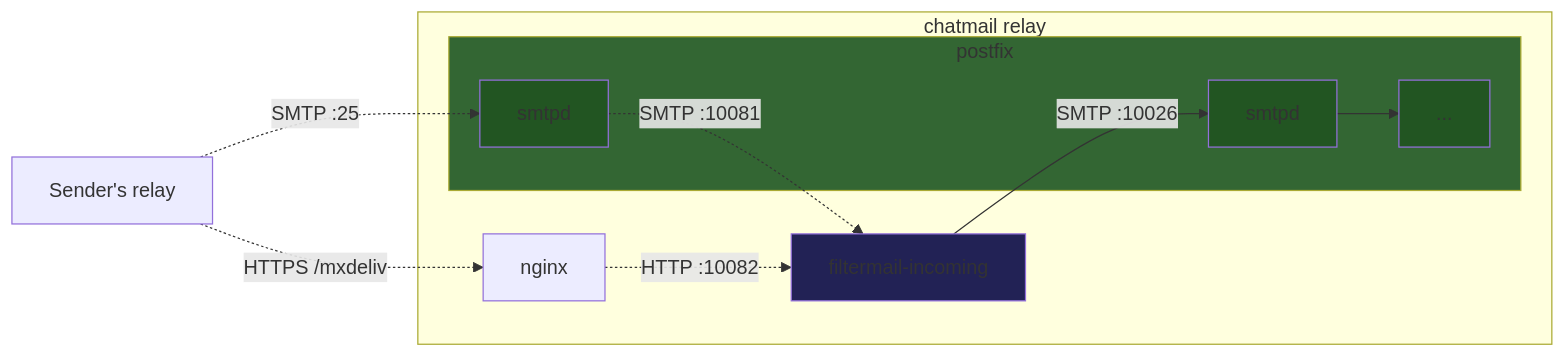
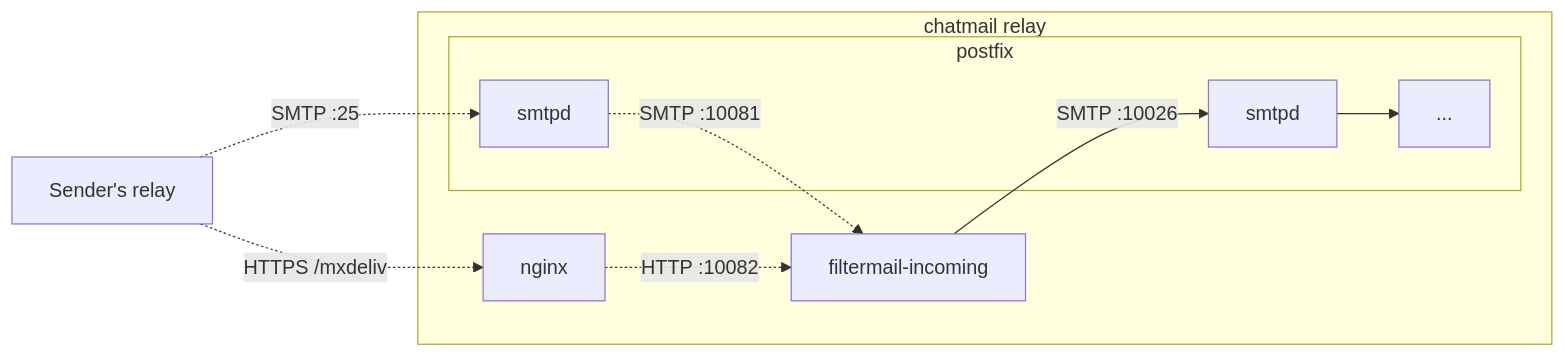
The first of 3 diagrams in filtermail/README.md (chatmail/relay), drawn with Mermaid before and after one commit. The commit also changed other lines of this file, not shown here.

First line of the commit message:
docs(readme): Disable colors in mermaid diagrams (#180)

````diff
--- a/filtermail/README.md
+++ b/filtermail/README.md
@@ -22,22 +22,16 @@
 ```mermaid
 flowchart LR
 
     subgraph chatmail relay
         subgraph postfix
             smtpd1[smtpd]
             smtpd2[smtpd] --> queue[...]
         end
         nginx[nginx]
         smtpd1 -.SMTP :10081.-> filtermail[filtermail-incoming]
         nginx -.HTTP :10082.-> filtermail
         filtermail --SMTP :10026--> smtpd2
     end
     mta[Sender's relay] -.SMTP :25.-> smtpd1
     mta -.HTTPS /mxdeliv.-> nginx
-
-    style postfix fill:#363
-    style smtpd1 fill:#252
-    style smtpd2 fill:#252
-    style queue fill:#252
-    style filtermail fill:#225
 ```
````
